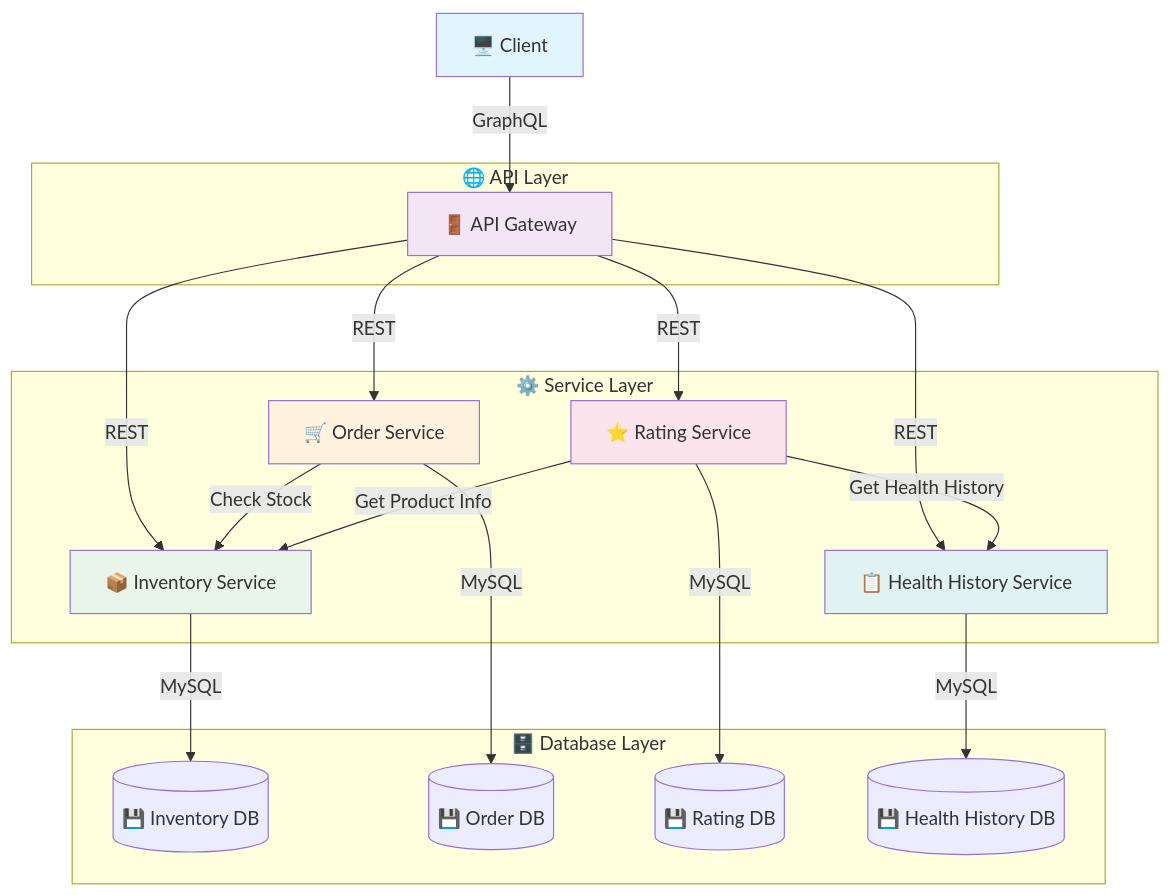
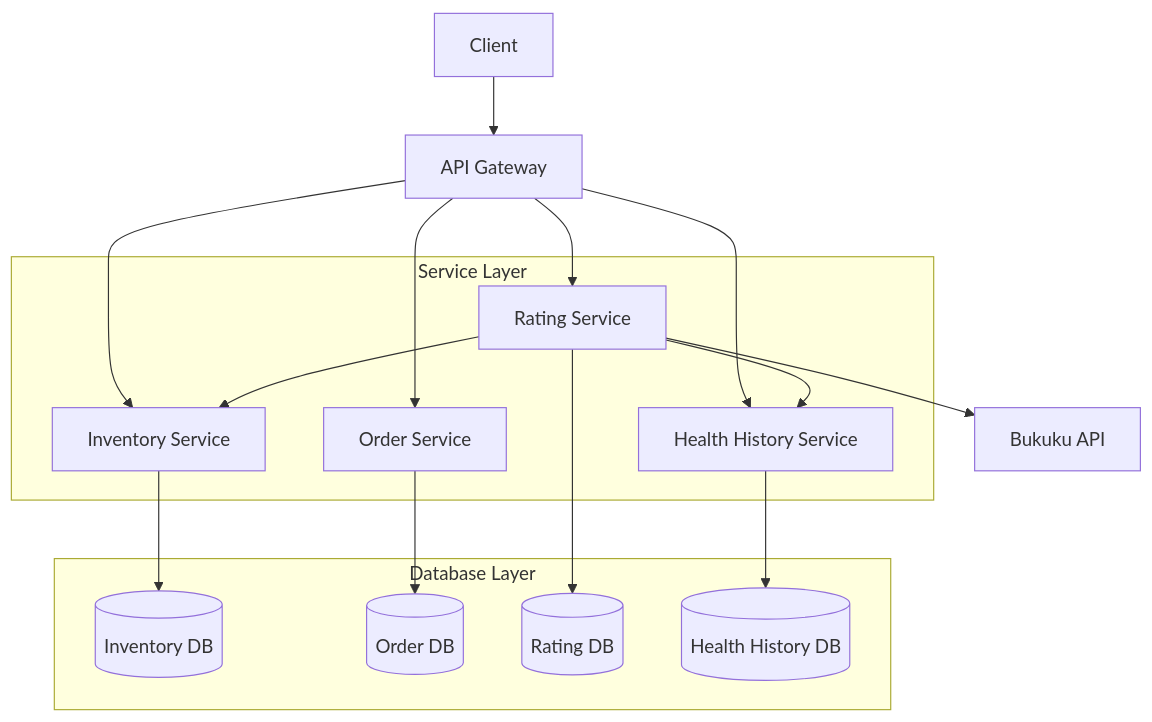
One commit to AgaHibatulloh/ePharma_KELOMPOK4 changed the first of 2 diagrams in README.md. Above: the diagram before and after it, drawn with Mermaid. The commit also changed other lines of this file, not shown here.

````diff
--- a/README.md
+++ b/README.md
@@ -51,42 +40,31 @@
 ```mermaid
 graph TD
-    Client[🖥️ Client] --> |GraphQL| API[🚪 API Gateway]
-    API --> |REST| IS[📦 Inventory Service]
-    API --> |REST| OS[🛒 Order Service]
-    API --> |REST| RS[⭐ Rating Service]
-    API --> |REST| HHS[📋 Health History Service]
+    Client[Client] --> API[API Gateway]
+    API --> IS[Inventory Service]
+    API --> OS[Order Service]
+    API --> RS[Rating Service]
+    API --> HHS[Health History Service]
     
-    IS --> |MySQL| IDB[(💾 Inventory DB)]
-    OS --> |MySQL| ODB[(💾 Order DB)]
-    RS --> |MySQL| RDB[(💾 Rating DB)]
-    HHS --> |MySQL| HHDB[(💾 Health History DB)]
+    IS --> IDB[(Inventory DB)]
+    OS --> ODB[(Order DB)]
+    RS --> RDB[(Rating DB)]
+    HHS --> HHDB[(Health History DB)]
     
-    OS --> |Check Stock| IS
-    RS --> |Get Product Info| IS
-    RS --> |Get Health History| HHS
+    RS --> HHS
+    RS --> IS
+    RS --> BUKUKU[Bukuku API]
     
-    subgraph "🗄️ Database Layer"
+    subgraph "Database Layer"
         IDB
         ODB
         RDB
         HHDB
     end
     
-    subgraph "⚙️ Service Layer"
+    subgraph "Service Layer"
         IS
         OS
         RS
         HHS
     end
-    
-    subgraph "🌐 API Layer"
-        API
-    end
-    
-    style Client fill:#e1f5fe
-    style API fill:#f3e5f5
-    style IS fill:#e8f5e8
-    style OS fill:#fff3e0
-    style RS fill:#fce4ec
-    style HHS fill:#e0f2f1
 ```
````
